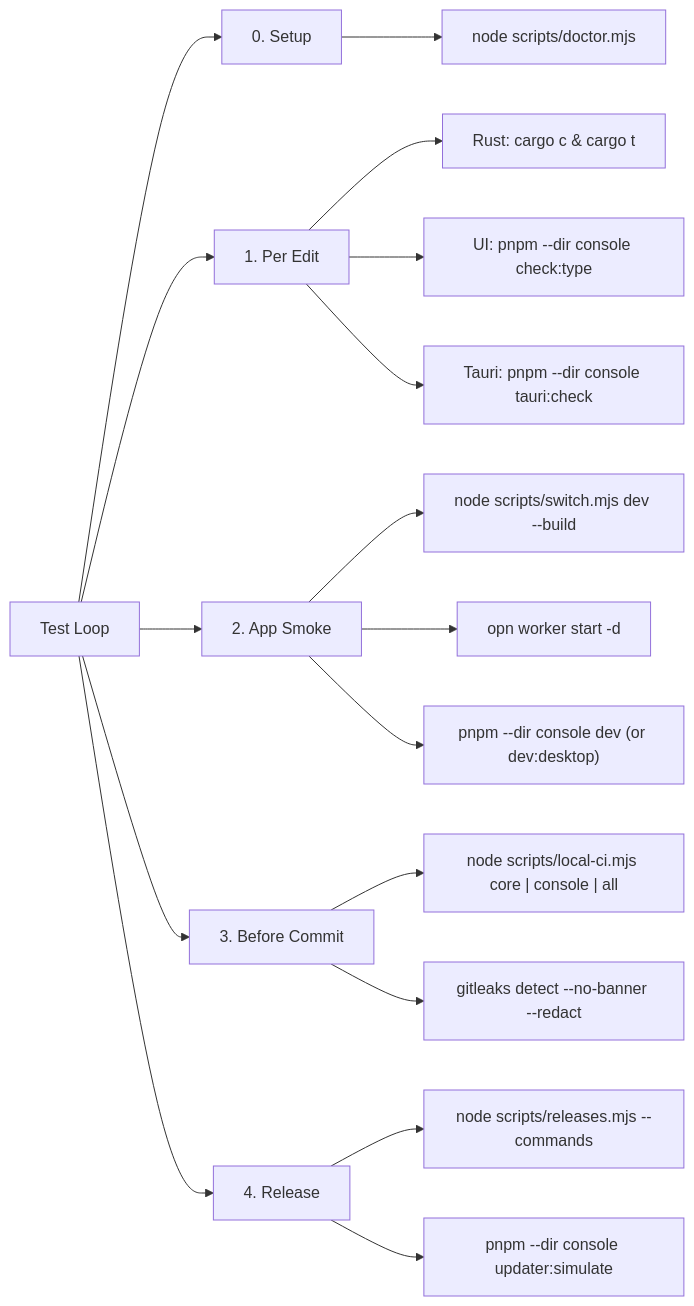
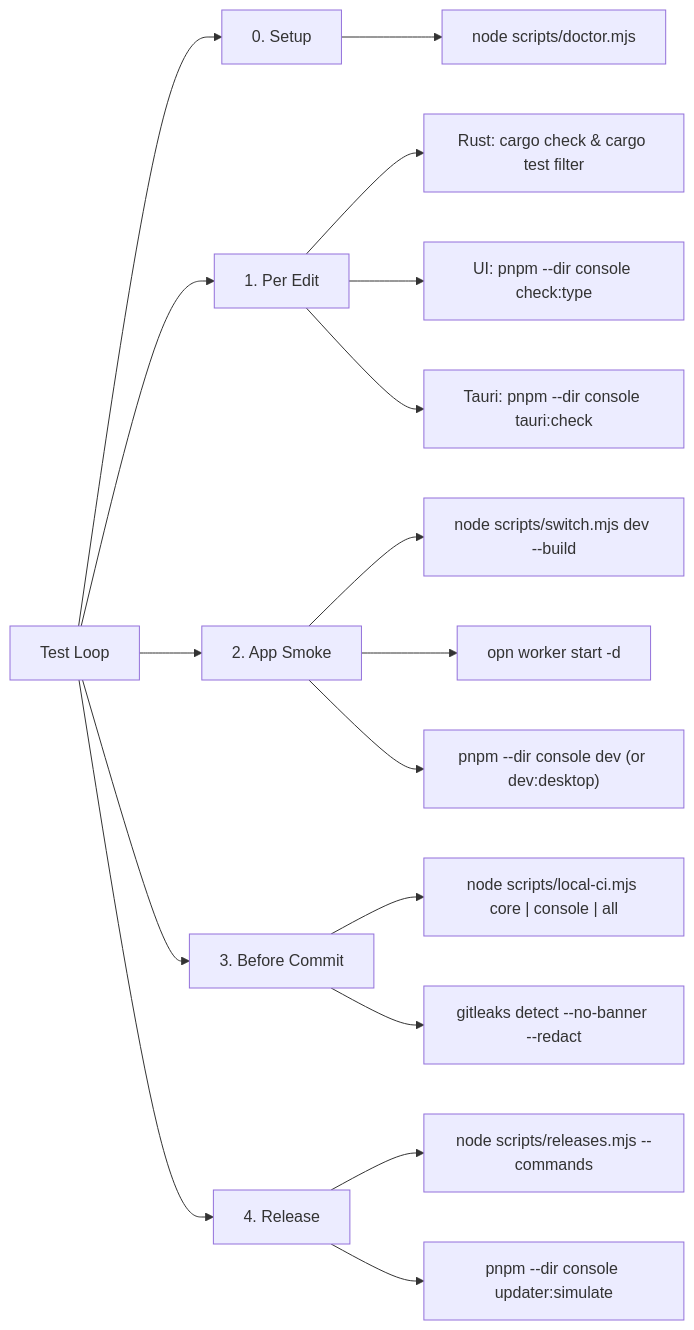
The diagram in TESTING.md (tuquet/operon), drawn with Mermaid before and after one commit. The commit also changed other lines of this file and 1 other file, not shown here.

Commit message:
chore(cargo): remove c/t/r aliases and restore explicit commands in TESTING.md

````diff
--- a/TESTING.md
+++ b/TESTING.md
@@ -7,24 +7,24 @@
 ```mermaid
 flowchart LR
   Test["Test Loop"] --> Setup["0. Setup"]
   Test --> Edit["1. Per Edit"]
   Test --> Run["2. App Smoke"]
   Test --> Ship["3. Before Commit"]
   Test --> Release["4. Release"]
 
   Setup --> S1["node scripts/doctor.mjs"]
 
-  Edit --> E1["Rust: cargo c & cargo t <name>"]
+  Edit --> E1["Rust: cargo check & cargo test filter"]
   Edit --> E2["UI: pnpm --dir console check:type"]
   Edit --> E3["Tauri: pnpm --dir console tauri:check"]
 
   Run --> R1["node scripts/switch.mjs dev --build"]
   Run --> R2["opn worker start -d"]
   Run --> R3["pnpm --dir console dev (or dev:desktop)"]
 
   Ship --> C1["node scripts/local-ci.mjs core | console | all"]
   Ship --> C2["gitleaks detect --no-banner --redact"]
 
   Release --> L1["node scripts/releases.mjs --commands"]
   Release --> L2["pnpm --dir console updater:simulate"]
 ```
````
